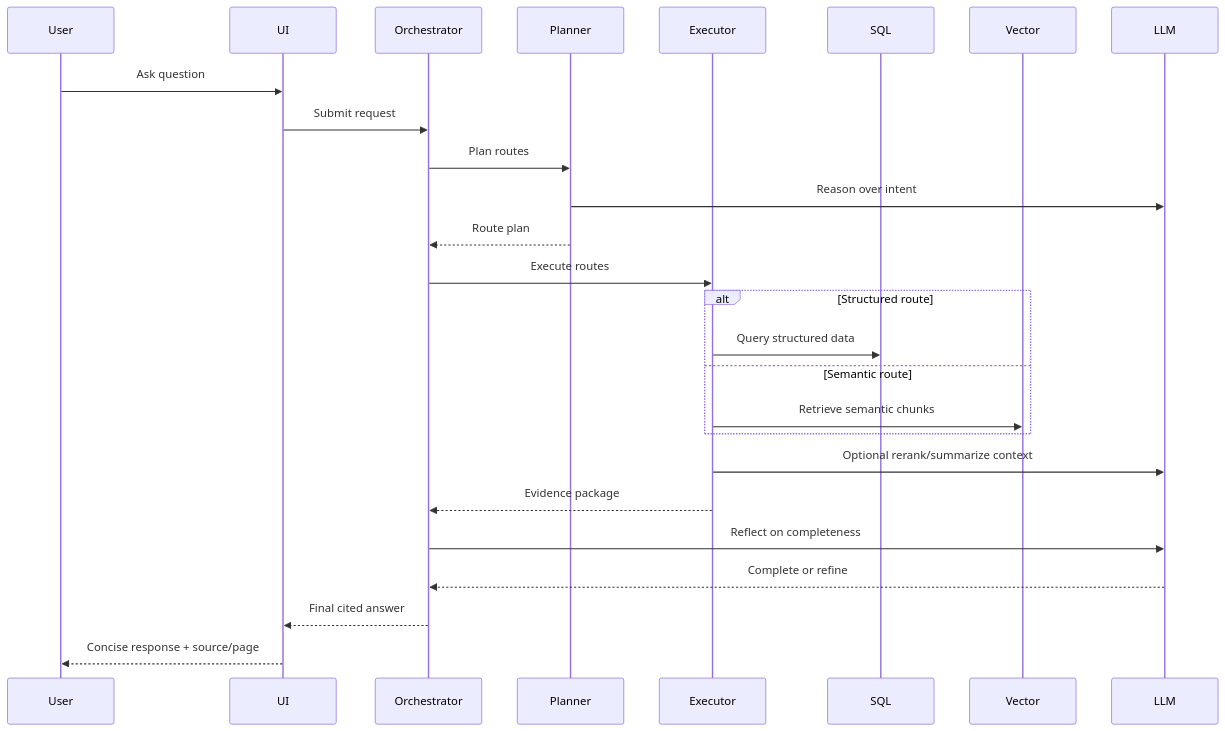
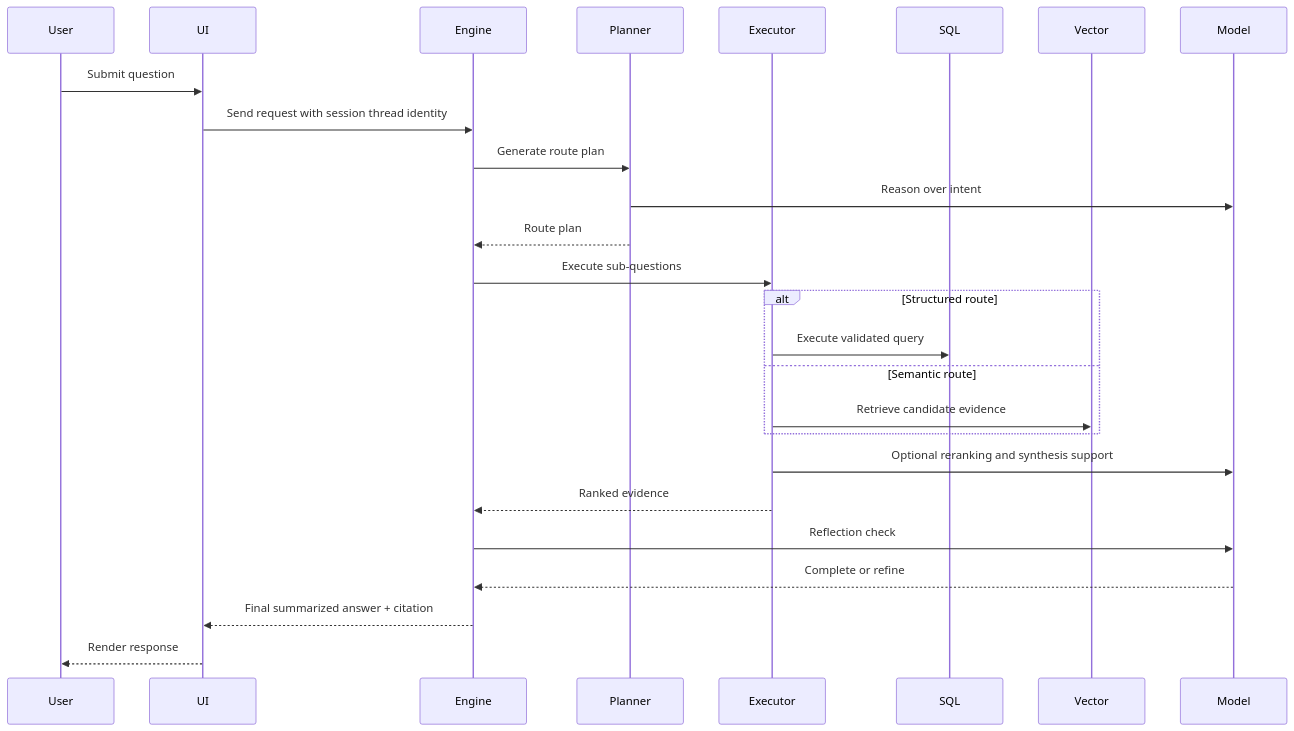
One commit to arde1369/hybrid-search-agentic-rag changed the second of 2 diagrams in DESIGN_DOCUMENT.md. Above: the diagram before and after it, drawn with Mermaid. The commit also changed other lines of this file and 1 other file, not shown here.

````diff
--- a/DESIGN_DOCUMENT.md
+++ b/DESIGN_DOCUMENT.md
@@ -270,33 +264,33 @@
 ```mermaid
 sequenceDiagram
   participant User
   participant UI
-  participant Orchestrator
+  participant Engine
   participant Planner
   participant Executor
   participant SQL
   participant Vector
-  participant LLM
+  participant Model
 
-  User->>UI: Ask question
-  UI->>Orchestrator: Submit request
-  Orchestrator->>Planner: Plan routes
-  Planner->>LLM: Reason over intent
-  Planner-->>Orchestrator: Route plan
+  User->>UI: Submit question
+  UI->>Engine: Send request with session thread identity
+  Engine->>Planner: Generate route plan
+  Planner->>Model: Reason over intent
+  Planner-->>Engine: Route plan
 
-  Orchestrator->>Executor: Execute routes
+  Engine->>Executor: Execute sub-questions
   alt Structured route
-    Executor->>SQL: Query structured data
+    Executor->>SQL: Execute validated query
   else Semantic route
-    Executor->>Vector: Retrieve semantic chunks
+    Executor->>Vector: Retrieve candidate evidence
   end
 
-  Executor->>LLM: Optional rerank/summarize context
-  Executor-->>Orchestrator: Evidence package
+  Executor->>Model: Optional reranking and synthesis support
+  Executor-->>Engine: Ranked evidence
 
-  Orchestrator->>LLM: Reflect on completeness
-  LLM-->>Orchestrator: Complete or refine
+  Engine->>Model: Reflection check
+  Model-->>Engine: Complete or refine
 
-  Orchestrator-->>UI: Final cited answer
-  UI-->>User: Concise response + source/page
+  Engine-->>UI: Final summarized answer + citation
+  UI-->>User: Render response
 ```
````
